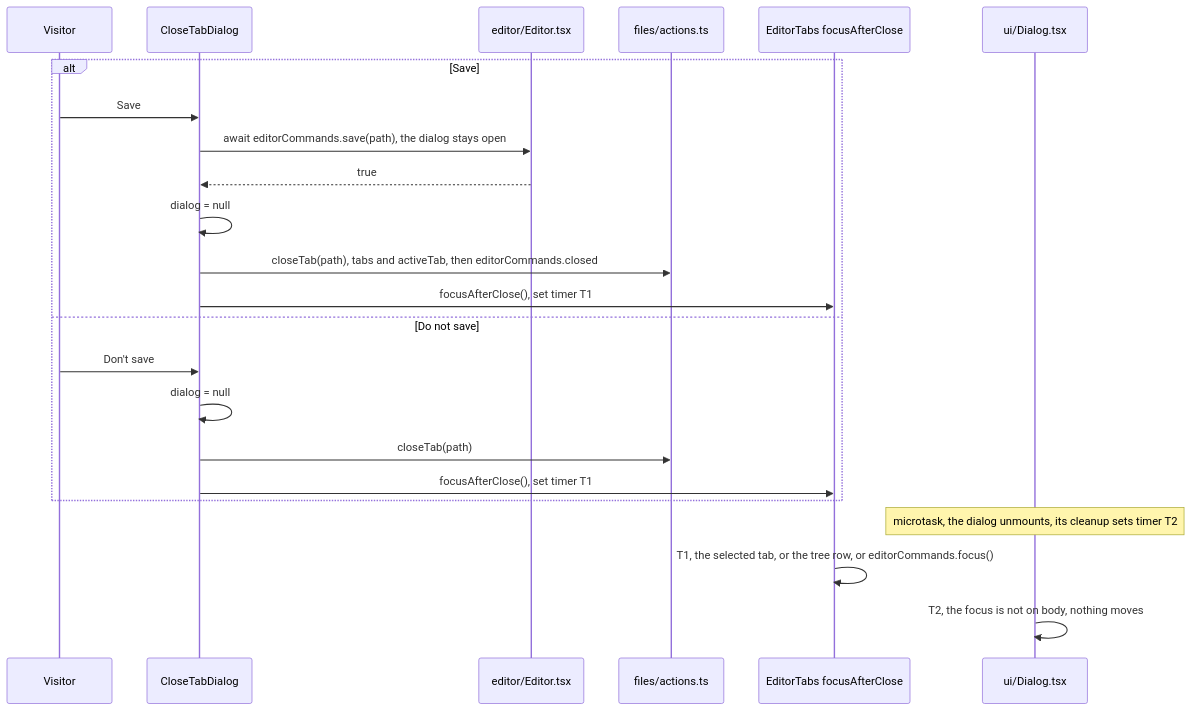
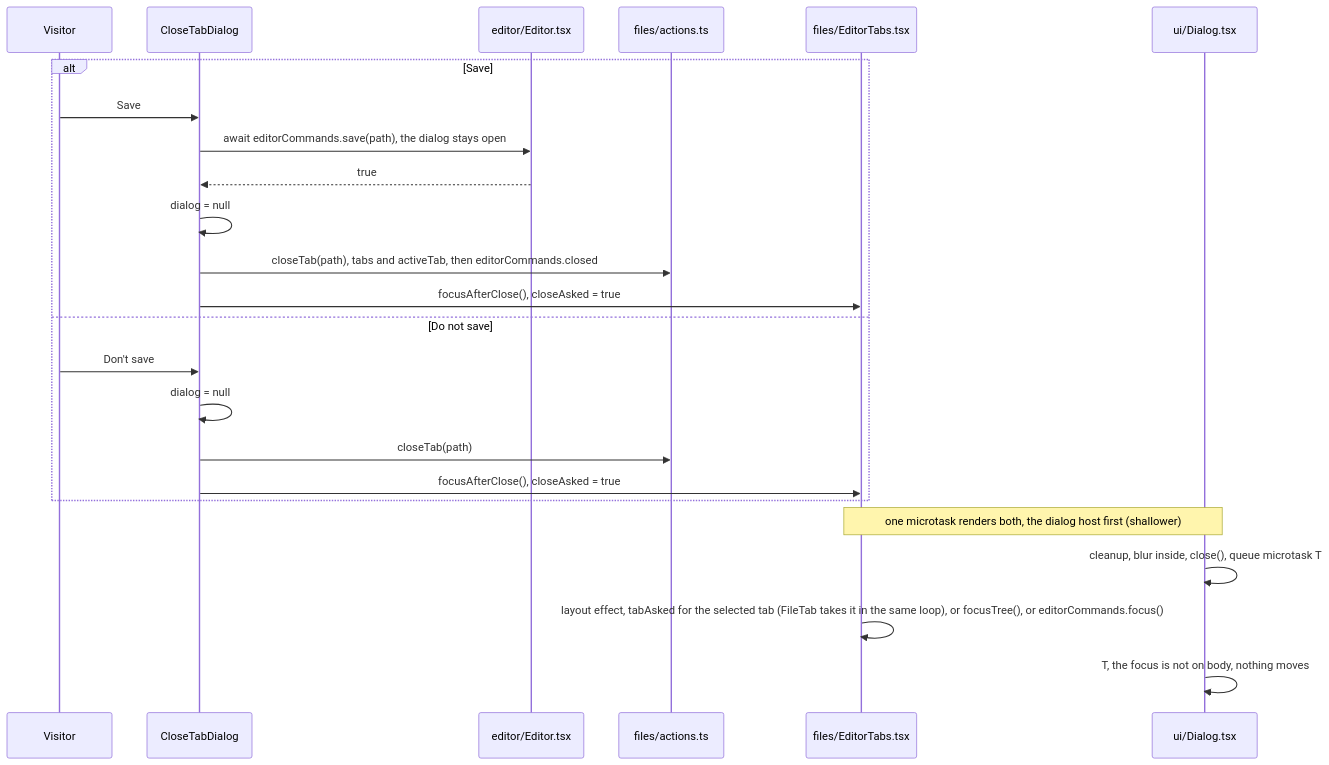
One commit to jeffzyliu/dofile changed the fifth of 11 diagrams in docs/web-page-flows.md. Above: the diagram before and after it, drawn with Mermaid. The commit also changed other lines of this file and 1 other file, not shown here.

Commit message:
Focus docs: page flows section 1 describes the requests that replaced the timers (the tree's keyless request, the closed tab, the editor, the dialog's microtask), rule 7 says which requests a click may set; test map: the empty-list unfold test (155 tests, 620 cases)

````diff
--- a/docs/web-page-flows.md
+++ b/docs/web-page-flows.md
@@ -202,25 +214,26 @@
 ```mermaid
 sequenceDiagram
   participant V as Visitor
   participant CT as CloseTabDialog
   participant Ed as editor/Editor.tsx
   participant A as files/actions.ts
-  participant ET as EditorTabs focusAfterClose
+  participant ET as files/EditorTabs.tsx
   participant D as ui/Dialog.tsx
   alt Save
     V->>CT: Save
     CT->>Ed: await editorCommands.save(path), the dialog stays open
     Ed-->>CT: true
     CT->>CT: dialog = null
     CT->>A: closeTab(path), tabs and activeTab, then editorCommands.closed
-    CT->>ET: focusAfterClose(), set timer T1
+    CT->>ET: focusAfterClose(), closeAsked = true
   else Do not save
     V->>CT: Don't save
     CT->>CT: dialog = null
     CT->>A: closeTab(path)
-    CT->>ET: focusAfterClose(), set timer T1
+    CT->>ET: focusAfterClose(), closeAsked = true
   end
-  Note over D: microtask, the dialog unmounts, its cleanup sets timer T2
-  ET->>ET: T1, the selected tab, or the tree row, or editorCommands.focus()
-  D->>D: T2, the focus is not on body, nothing moves
+  Note over D,ET: one microtask renders both, the dialog host first (shallower)
+  D->>D: cleanup, blur inside, close(), queue microtask T
+  ET->>ET: layout effect, tabAsked for the selected tab (FileTab takes it in the same loop), or focusTree(), or editorCommands.focus()
+  D->>D: T, the focus is not on body, nothing moves
 ```
````
